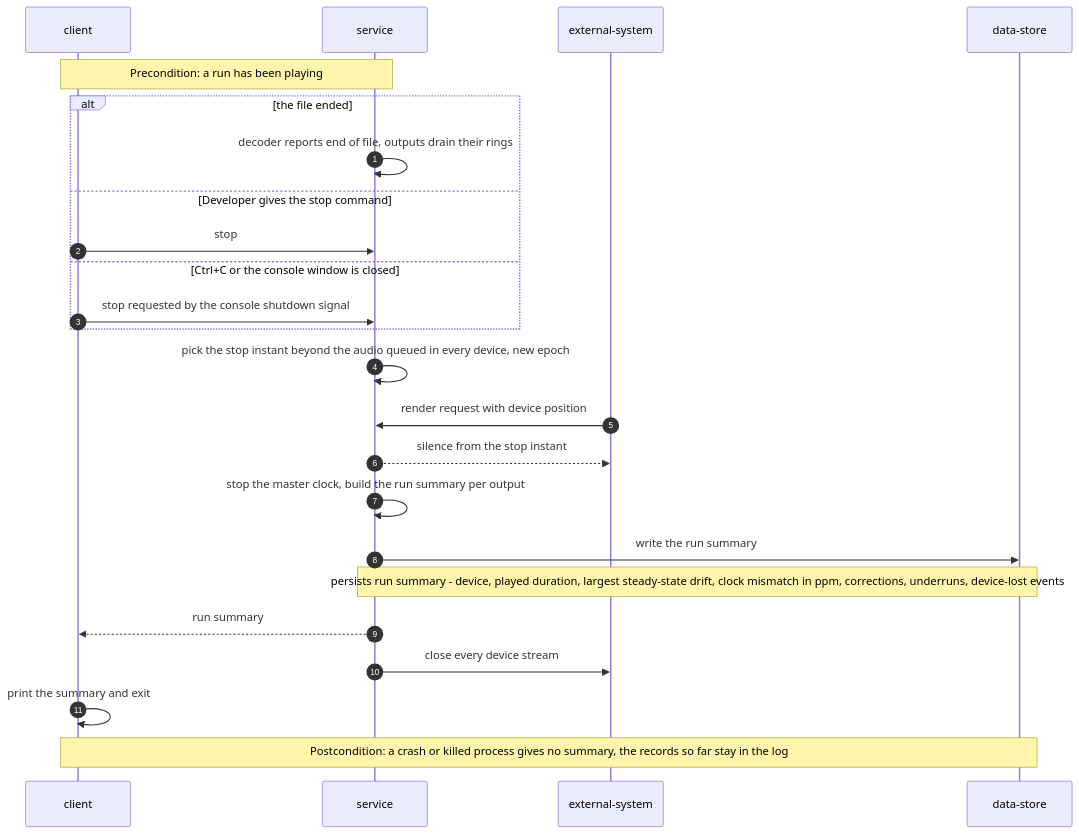
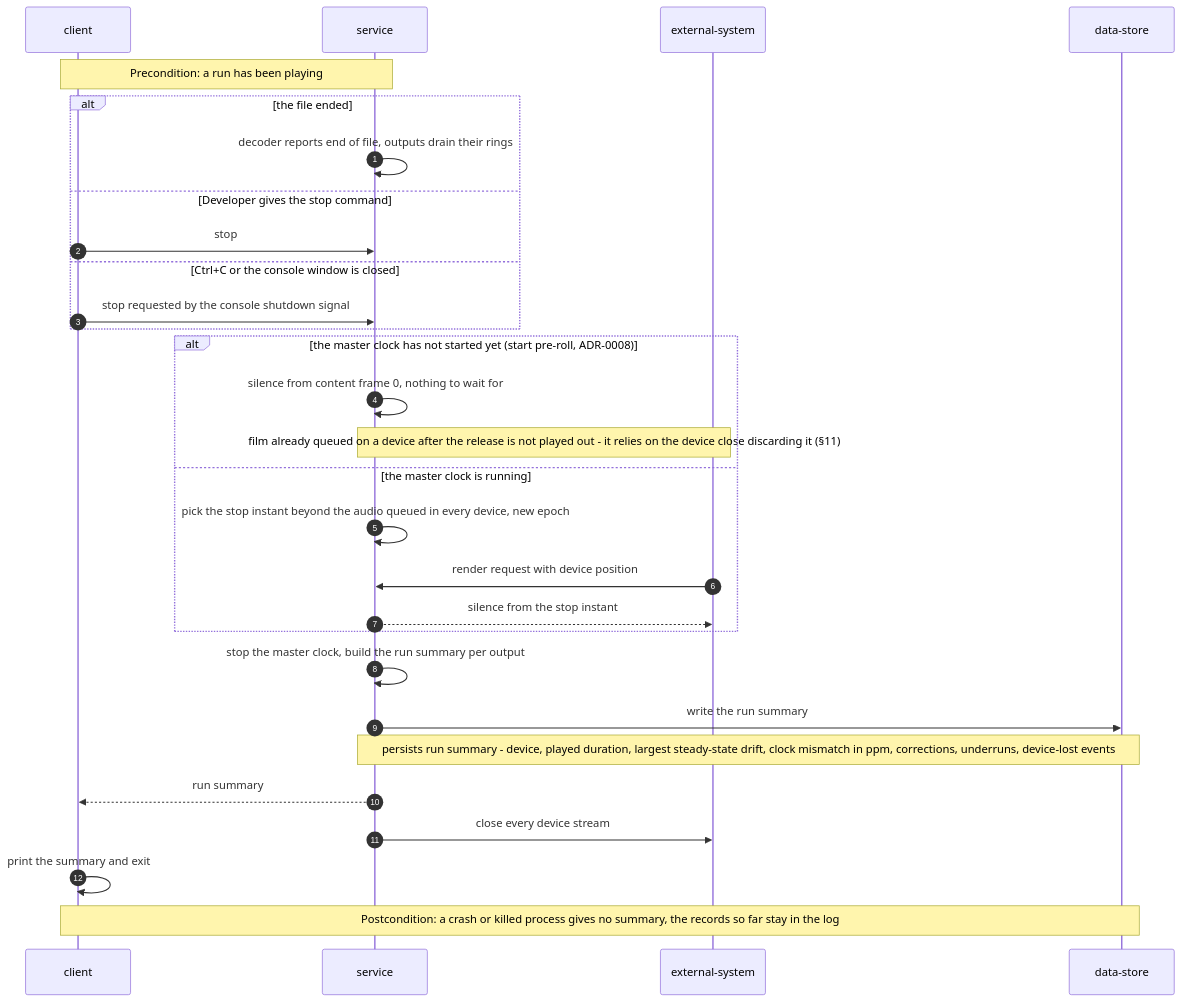
One commit to PulsarV/DualPlayer changed diagram 11 of 11 in docs/features/two-outputs-one-clock/sad.md. Above: the diagram before and after it, drawn with Mermaid. The commit also changed other lines of this file and 5 other files, not shown here.

First line of the commit message:
implement: two-outputs-one-clock T72 Record the pre-roll stop close assumption and the start recovery wording in sad.md

````diff
--- a/docs/features/two-outputs-one-clock/sad.md
+++ b/docs/features/two-outputs-one-clock/sad.md
@@ -405,27 +405,32 @@
 ```mermaid
 sequenceDiagram
     autonumber
     participant C as client
     participant S as service
     participant X as external-system
     participant D as data-store
 
     Note over C,S: Precondition: a run has been playing
     alt the file ended
         S->>S: decoder reports end of file, outputs drain their rings
     else Developer gives the stop command
         C->>S: stop
     else Ctrl+C or the console window is closed
         C->>S: stop requested by the console shutdown signal
     end
-    S->>S: pick the stop instant beyond the audio queued in every device, new epoch
-    X->>S: render request with device position
-    S-->>X: silence from the stop instant
+    alt the master clock has not started yet (start pre-roll, ADR-0008)
+        S->>S: silence from content frame 0, nothing to wait for
+        Note over S,X: film already queued on a device after the release is not played out - it relies on the device close discarding it (§11)
+    else the master clock is running
+        S->>S: pick the stop instant beyond the audio queued in every device, new epoch
+        X->>S: render request with device position
+        S-->>X: silence from the stop instant
+    end
     S->>S: stop the master clock, build the run summary per output
     S->>D: write the run summary
     Note over S,D: persists run summary - device, played duration, largest steady-state drift, clock mismatch in ppm, corrections, underruns, device-lost events
     S-->>C: run summary
     S->>X: close every device stream
     C->>C: print the summary and exit
     Note over C,D: Postcondition: a crash or killed process gives no summary, the records so far stay in the log
 ```
````
